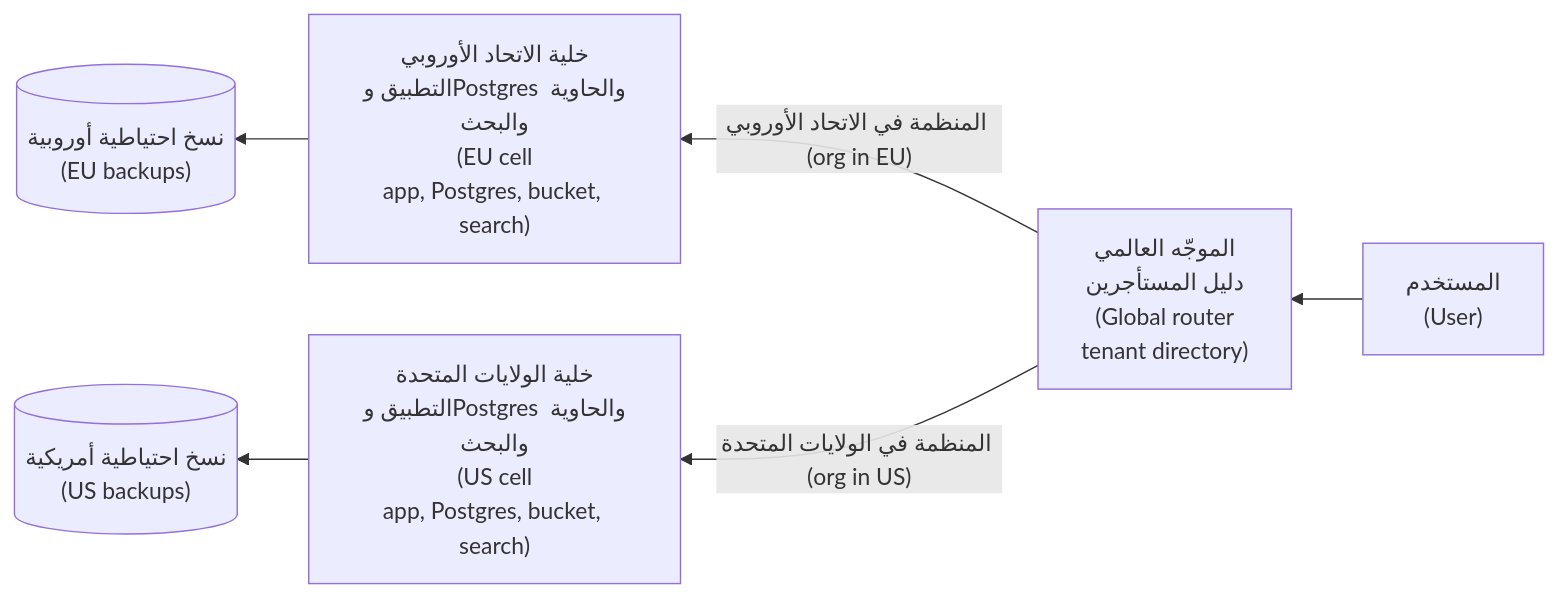
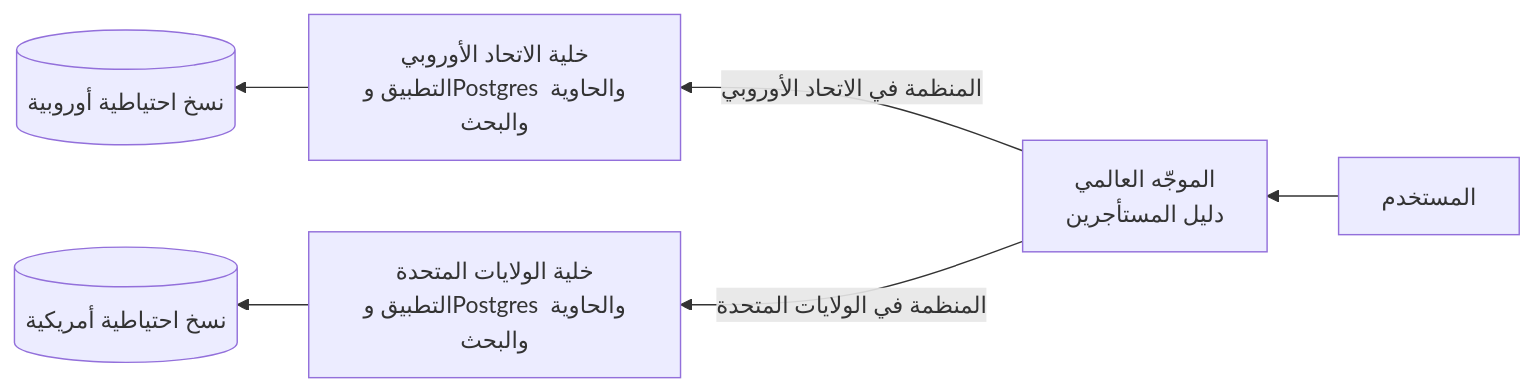
The ninth of 9 diagrams in saas/modules/02-data.ar.md (Tamoura/system-design-for-vibe-coders), drawn with Mermaid before and after one commit. The commit also changed other lines of this file and 551 other files, not shown here.

````diff
--- a/saas/modules/02-data.ar.md
+++ b/saas/modules/02-data.ar.md
@@ -944,8 +971,8 @@
 ```mermaid
 flowchart RL
-    U["المستخدم<br/>(User)"] --> G["الموجّه العالمي<br/>دليل المستأجرين<br/>(Global router<br/>tenant directory)"]
-    G -->|"المنظمة في الاتحاد الأوروبي (org in EU)"| EU["خلية الاتحاد الأوروبي<br/>التطبيق وPostgres والحاوية والبحث<br/>(EU cell<br/>app, Postgres, bucket, search)"]
-    G -->|"المنظمة في الولايات المتحدة (org in US)"| US["خلية الولايات المتحدة<br/>التطبيق وPostgres والحاوية والبحث<br/>(US cell<br/>app, Postgres, bucket, search)"]
-    EU --> EUB[("نسخ احتياطية أوروبية<br/>(EU backups)")]
-    US --> USB[("نسخ احتياطية أمريكية<br/>(US backups)")]
+    U["المستخدم"] --> G["الموجّه العالمي<br/>دليل المستأجرين"]
+    G -->|"المنظمة في الاتحاد الأوروبي"| EU["خلية الاتحاد الأوروبي<br/>التطبيق وPostgres والحاوية والبحث"]
+    G -->|"المنظمة في الولايات المتحدة"| US["خلية الولايات المتحدة<br/>التطبيق وPostgres والحاوية والبحث"]
+    EU --> EUB[("نسخ احتياطية أوروبية")]
+    US --> USB[("نسخ احتياطية أمريكية")]
 ```
````
